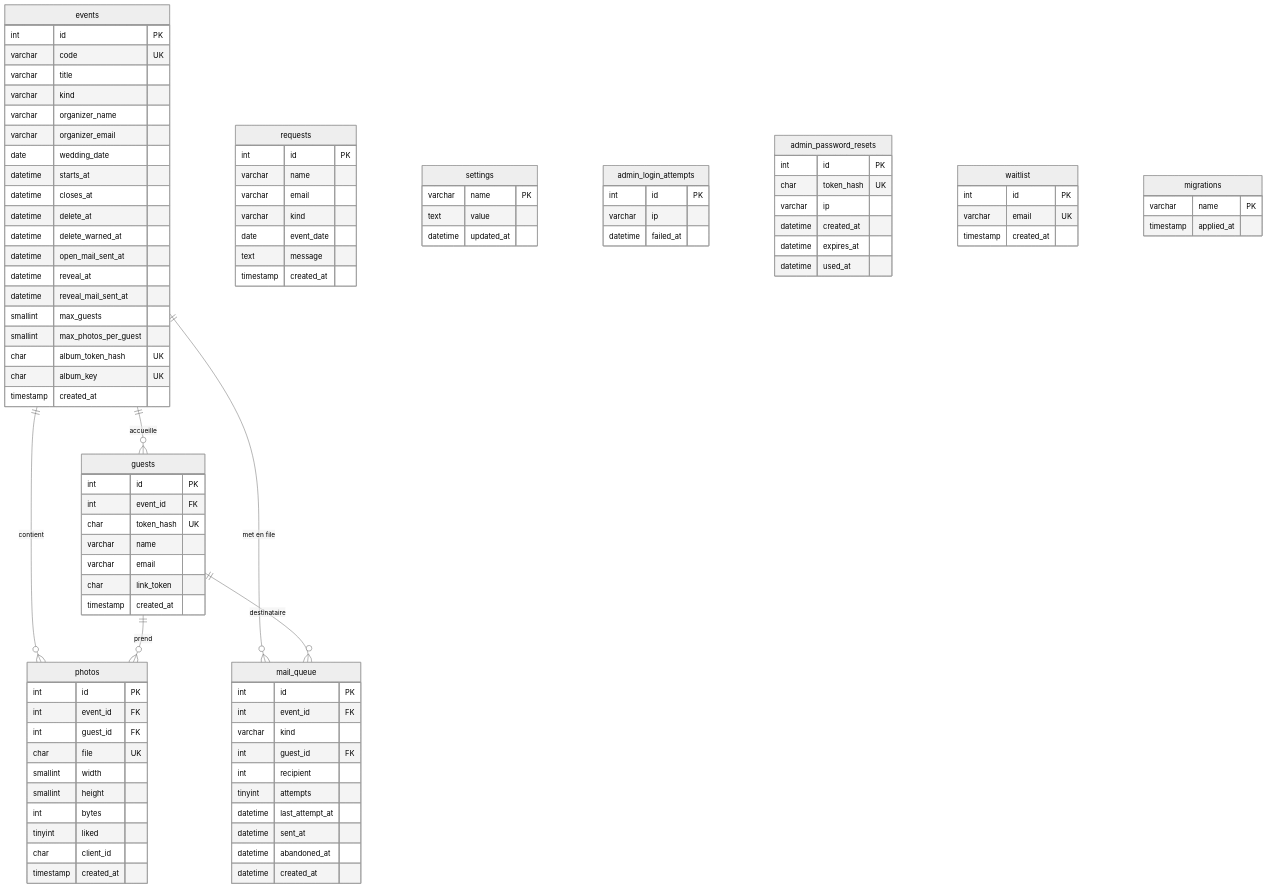
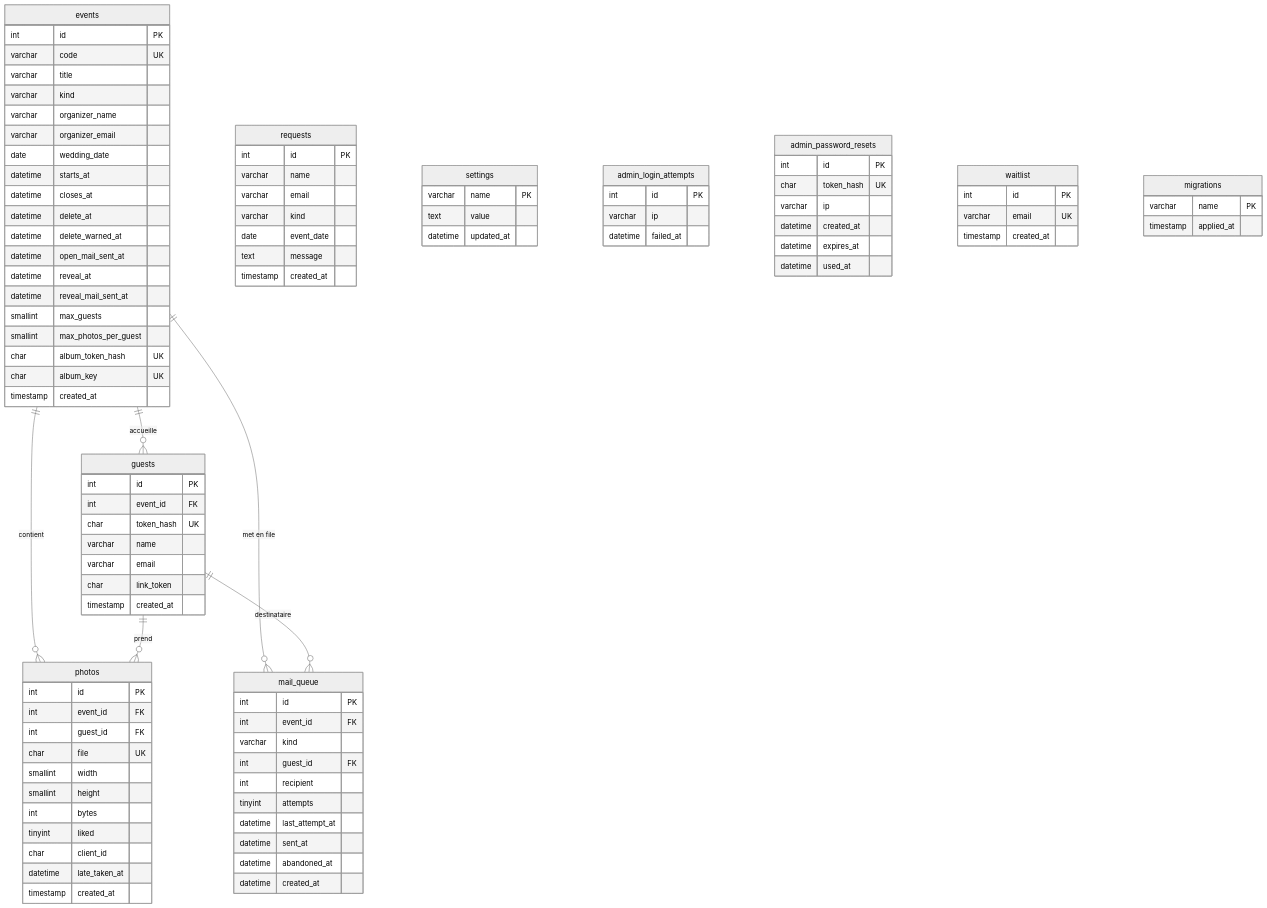
Before and after one commit to fsvoboda/OuiSnap: the fourth of 7 diagrams in docs/SDD.md, drawn with Mermaid (neutral theme). The commit also changed other lines of this file and 2 other files, not shown here.

```diff
--- a/docs/SDD.md
+++ b/docs/SDD.md
@@ -691,6 +700,7 @@
     int bytes
     tinyint liked
     char client_id
+    datetime late_taken_at
     timestamp created_at
   }
   requests {
```
